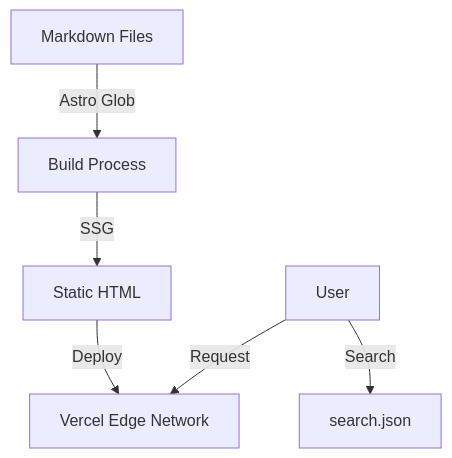
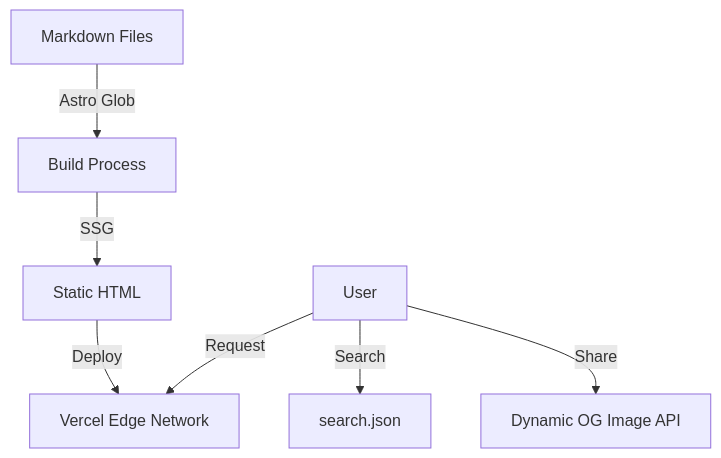
Before and after one commit to TaeGuNi/helloprompt.kr: the diagram in docs/ARCHITECTURE.md, drawn with Mermaid. The commit also changed other lines of this file and 6 other files, not shown here.

````diff
--- a/docs/ARCHITECTURE.md
+++ b/docs/ARCHITECTURE.md
@@ -24,9 +24,10 @@
 ```mermaid
 graph TD
     MD[Markdown Files] -->|Astro Glob| Build[Build Process]
     Build -->|SSG| HTML[Static HTML]
     HTML -->|Deploy| CDN[Vercel Edge Network]
 
     User[User] -->|Request| CDN
     User -->|Search| Index[search.json]
+    User -->|Share| OG[Dynamic OG Image API]
 ```
````
